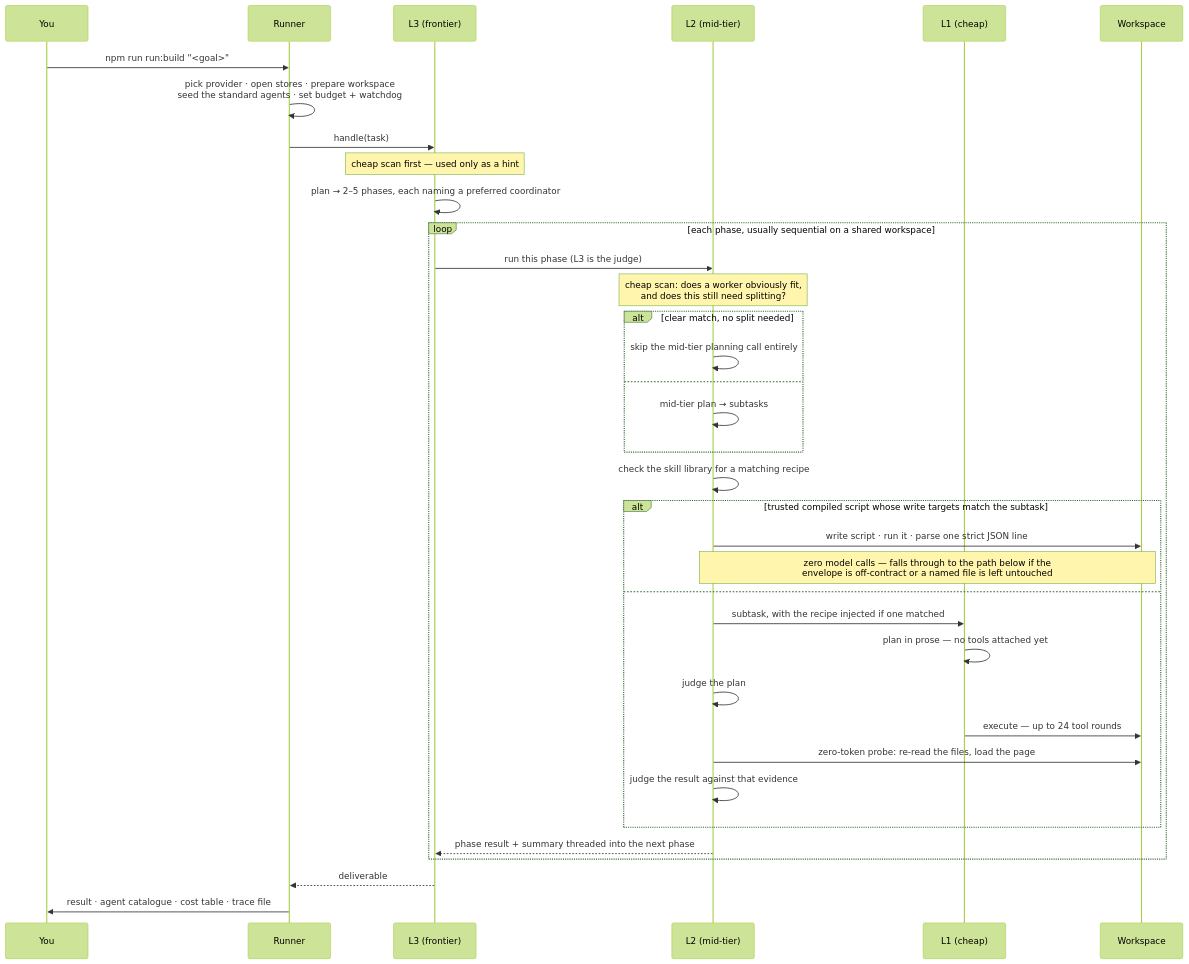
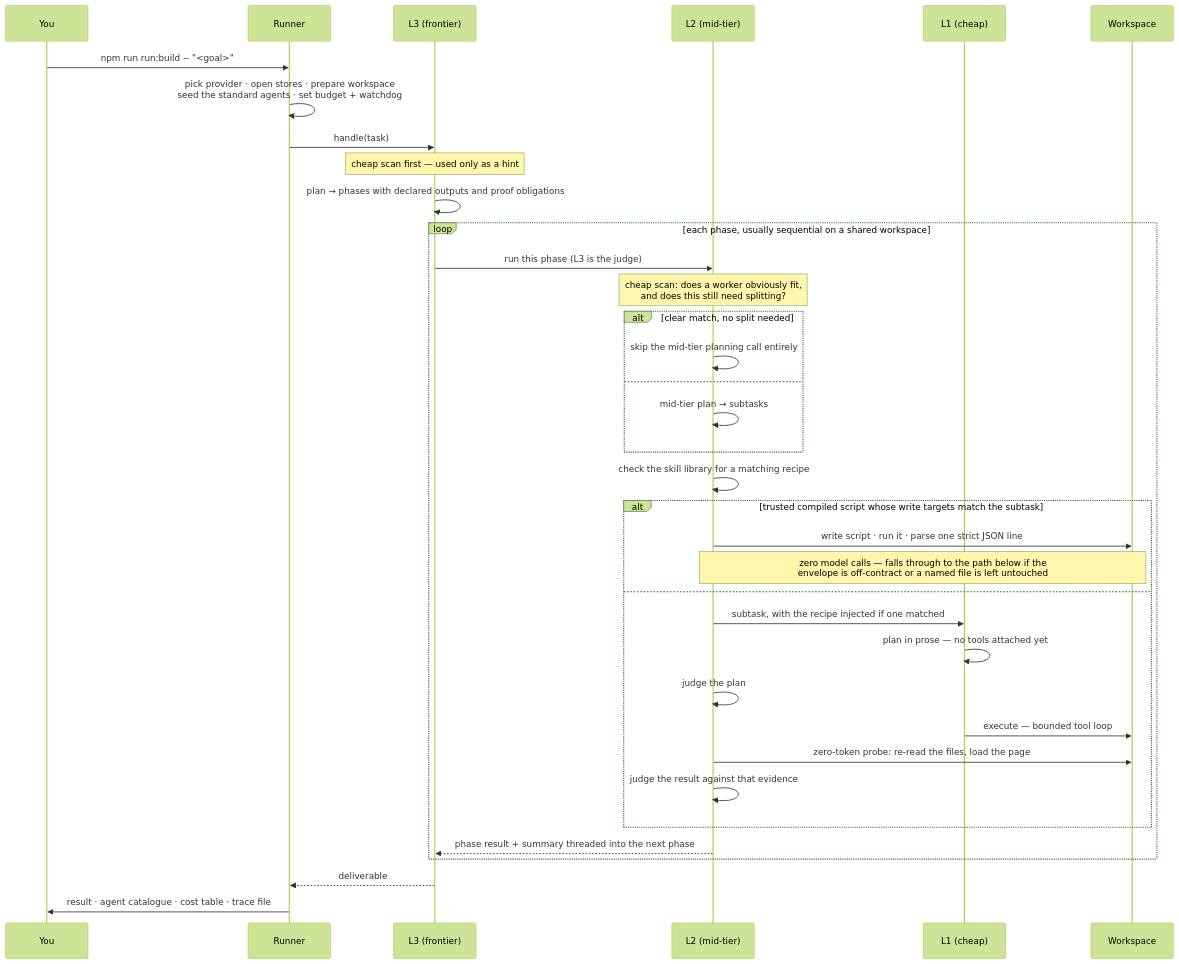
One commit to mgtf/atoma changed the third of 6 diagrams in docs/how-it-works.md. Above: the diagram before and after it, drawn with Mermaid (forest theme). The commit also changed other lines of this file and 7 other files, not shown here.

````diff
--- a/docs/how-it-works.md
+++ b/docs/how-it-works.md
@@ -188,42 +223,42 @@
 ```mermaid
 sequenceDiagram
     participant U as You
     participant R as Runner
     participant L3 as L3 (frontier)
     participant L2 as L2 (mid-tier)
     participant L1 as L1 (cheap)
     participant W as Workspace
 
-    U->>R: npm run run:build "<goal>"
+    U->>R: npm run run:build -- "<goal>"
     R->>R: pick provider · open stores · prepare workspace<br/>seed the standard agents · set budget + watchdog
     R->>L3: handle(task)
 
     Note over L3: cheap scan first — used only as a hint
-    L3->>L3: plan → 2–5 phases, each naming a preferred coordinator
+    L3->>L3: plan → phases with declared outputs and proof obligations
 
     loop each phase, usually sequential on a shared workspace
         L3->>L2: run this phase (L3 is the judge)
         Note over L2: cheap scan: does a worker obviously fit,<br/>and does this still need splitting?
         alt clear match, no split needed
             L2->>L2: skip the mid-tier planning call entirely
         else
             L2->>L2: mid-tier plan → subtasks
         end
         L2->>L2: check the skill library for a matching recipe
         alt trusted compiled script whose write targets match the subtask
             L2->>W: write script · run it · parse one strict JSON line
             Note over L2,W: zero model calls — falls through to the path below if the<br/>envelope is off-contract or a named file is left untouched
         else
             L2->>L1: subtask, with the recipe injected if one matched
             L1->>L1: plan in prose — no tools attached yet
             L2->>L2: judge the plan
-            L1->>W: execute — up to 24 tool rounds
+            L1->>W: execute — bounded tool loop
             L2->>W: zero-token probe: re-read the files, load the page
             L2->>L2: judge the result against that evidence
         end
         L2-->>L3: phase result + summary threaded into the next phase
     end
 
     L3-->>R: deliverable
     R->>U: result · agent catalogue · cost table · trace file
 ```
````
